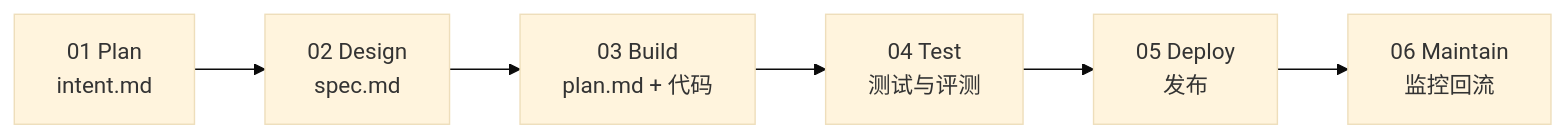
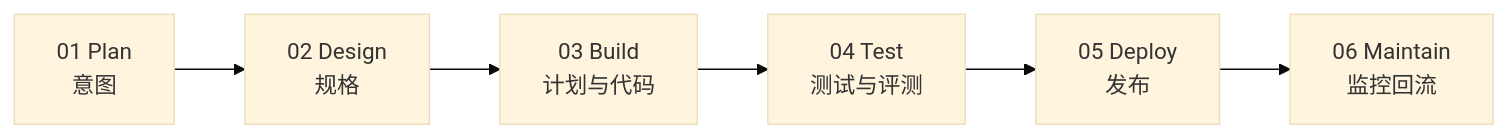
The second of 3 diagrams in docs/tech/ai-native-sdlc.md (AI-PM-Wiki/AIPM), drawn with Mermaid (base theme) before and after one commit. The commit also changed other lines of this file and 248 other files, not shown here.

````diff
--- a/docs/tech/ai-native-sdlc.md
+++ b/docs/tech/ai-native-sdlc.md
@@ -42,8 +39,8 @@
 ```mermaid
 flowchart LR
-    s1[01 Plan<br>intent.md] --> s2[02 Design<br>spec.md]
-    s2 --> s3[03 Build<br>plan.md + 代码]
+    s1[01 Plan<br>意图] --> s2[02 Design<br>规格]
+    s2 --> s3[03 Build<br>计划与代码]
     s3 --> s4[04 Test<br>测试与评测]
     s4 --> s5[05 Deploy<br>发布]
     s5 --> s6[06 Maintain<br>监控回流]
 ```
````
